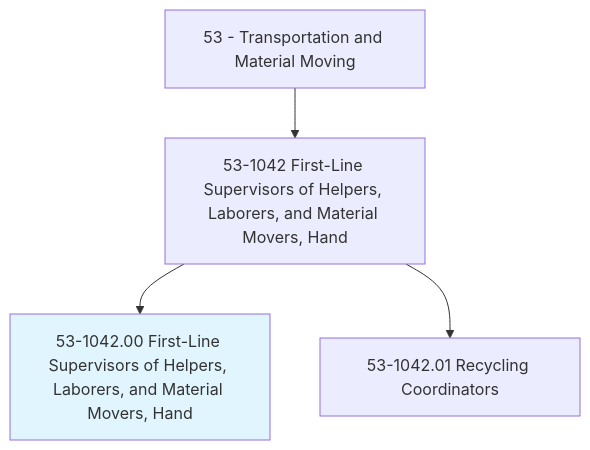
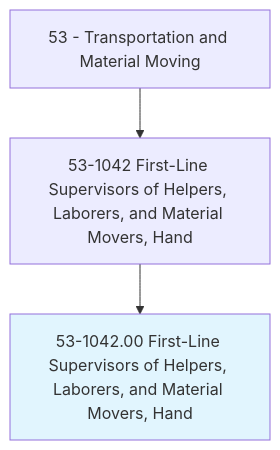
The first of 4 diagrams in occupations/Transportation/FirstLineSupervisorsOfHelpersLaborersAndMaterialMoversHand.mdx (kziemski/business.org.ai), drawn with Mermaid before and after one commit. The commit also changed other lines of this file and 938 other files, not shown here.

````diff
--- a/occupations/Transportation/FirstLineSupervisorsOfHelpersLaborersAndMaterialMoversHand.mdx
+++ b/occupations/Transportation/FirstLineSupervisorsOfHelpersLaborersAndMaterialMoversHand.mdx
@@ -19,7 +23,6 @@
 ```mermaid
 graph TD
     Cat53["53 - Transportation and Material Moving"] --> Group531042["53-1042 First-Line Supervisors of Helpers, Laborers, and Material Movers, Hand"]
     Group531042 --> Current["53-1042.00 First-Line Supervisors of Helpers, Laborers, and Material Movers, Hand"]
     style Current fill:#e1f5fe
-    Group531042 --> V53104201["53-1042.01 Recycling Coordinators"]
 ```
````
